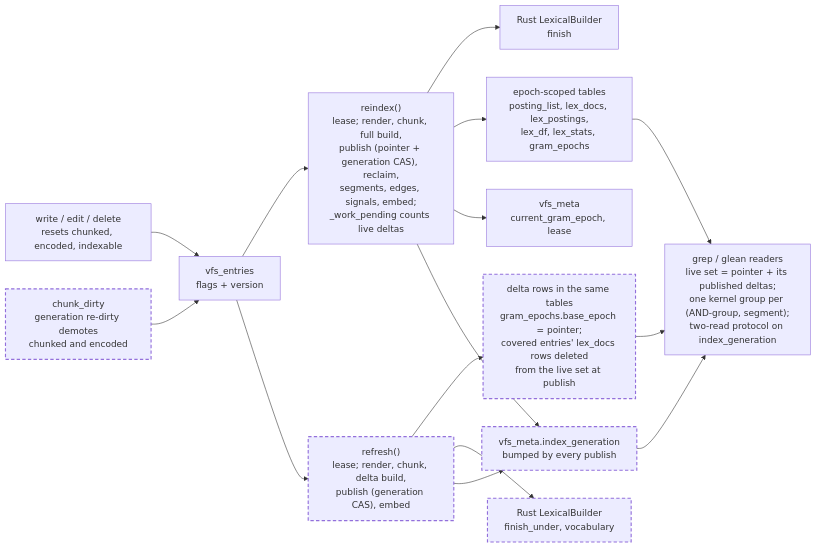
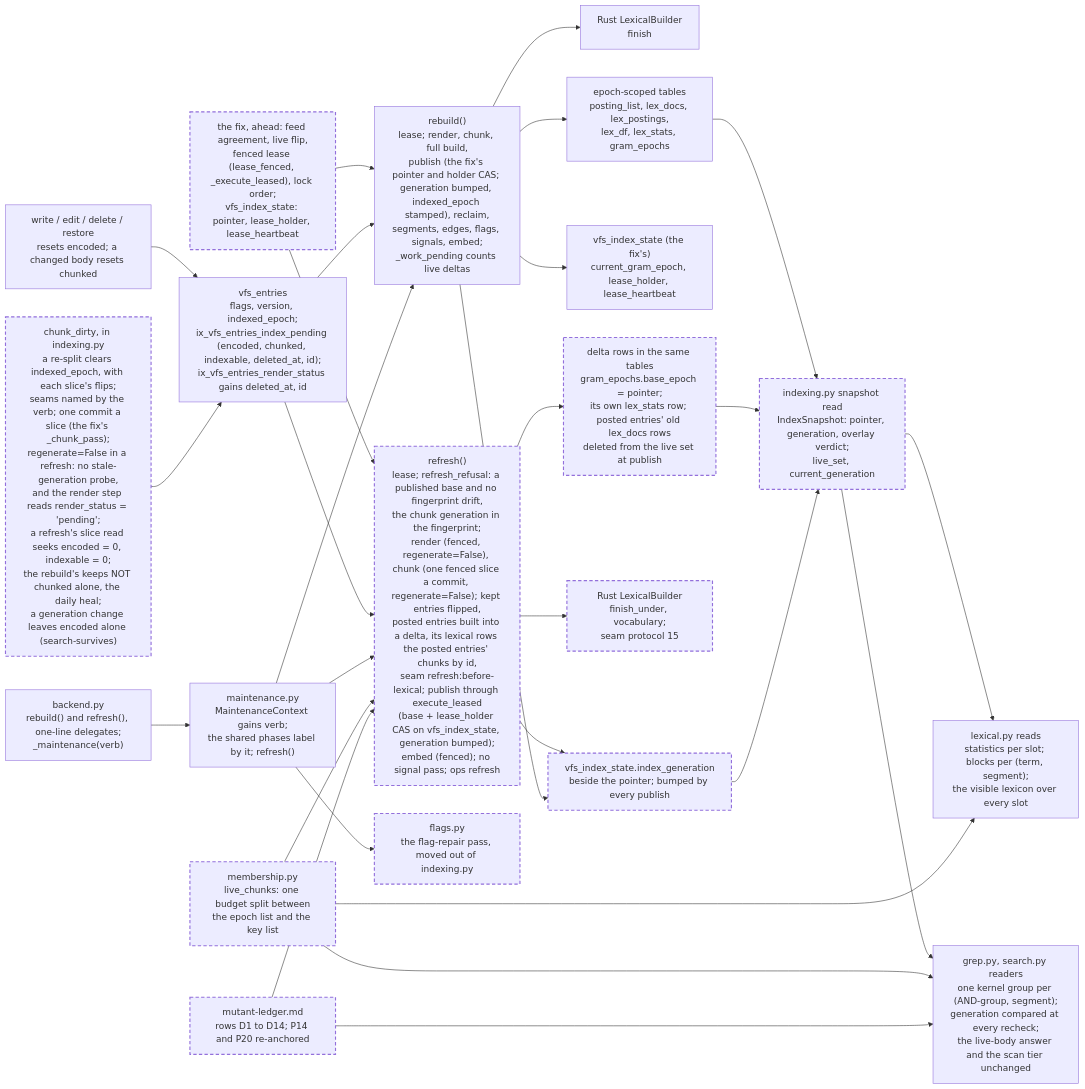
One commit to ClayGendron/vfs changed the diagram in context/specifications/active/2026-10-31-refresh-the-incremental-index-verb.md. Above: the diagram before and after it, drawn with Mermaid. The commit also changed other lines of this file and 6 other files, not shown here.

First line of the commit message:
docs(context): refresh and the rebuild refactor are signed fit to build

````diff
--- a/context/specifications/active/2026-10-31-refresh-the-incremental-index-verb.md
+++ b/context/specifications/active/2026-10-31-refresh-the-incremental-index-verb.md
@@ -29,19 +63,36 @@
 ```mermaid
 flowchart LR
   classDef planned stroke-dasharray: 6 4,stroke-width:2px;
-  W["write / edit / delete<br/>resets chunked, encoded, indexable"] --> E["vfs_entries<br/>flags + version"]
-  CD["chunk_dirty<br/>generation re-dirty demotes<br/>chunked and encoded"] --> E
-  E --> RX["reindex()<br/>lease; render, chunk, full build,<br/>publish (pointer + generation CAS), reclaim,<br/>segments, edges, signals, embed;<br/>_work_pending counts live deltas"]
+  W["write / edit / delete / restore<br/>resets encoded; a changed body resets chunked"] --> E["vfs_entries<br/>flags, version, indexed_epoch;<br/>ix_vfs_entries_index_pending (encoded, chunked, indexable, deleted_at, id);<br/>ix_vfs_entries_render_status gains deleted_at, id"]
+  CD["chunk_dirty, in indexing.py<br/>a re-split clears indexed_epoch, with each slice's flips;<br/>seams named by the verb; one commit a slice (the fix's _chunk_pass);<br/>regenerate=False in a refresh: no stale-generation probe,<br/>and the render step reads render_status = 'pending';<br/>a refresh's slice read seeks encoded = 0, indexable = 0;<br/>the rebuild's keeps NOT chunked alone, the daily heal;<br/>a generation change leaves encoded alone (search-survives)"] --> E
+  FX["the fix, ahead: feed agreement, live flip,<br/>fenced lease (lease_fenced, _execute_leased), lock order;<br/>vfs_index_state: pointer, lease_holder, lease_heartbeat"]
+  FX --> RX
+  FX --> RF
+  FL["flags.py<br/>the flag-repair pass, moved out of indexing.py"]
+  MX --> FL
+  B["backend.py<br/>rebuild() and refresh(), one-line delegates;<br/>_maintenance(verb)"] --> MX["maintenance.py<br/>MaintenanceContext gains verb;<br/>the shared phases label by it; refresh()"]
+  E --> RX["rebuild()<br/>lease; render, chunk, full build,<br/>publish (the fix's pointer and holder CAS; generation bumped, indexed_epoch stamped), reclaim,<br/>segments, edges, flags, signals, embed;<br/>_work_pending counts live deltas"]
   RX --> LBF["Rust LexicalBuilder<br/>finish"]
   RX --> EP["epoch-scoped tables<br/>posting_list, lex_docs, lex_postings,<br/>lex_df, lex_stats, gram_epochs"]
-  RX --> M["vfs_meta<br/>current_gram_epoch, lease"]
-  E --> RF["refresh()<br/>lease; render, chunk, delta build,<br/>publish (generation CAS), embed"]
-  RF --> DE["delta rows in the same tables<br/>gram_epochs.base_epoch = pointer;<br/>covered entries' lex_docs rows deleted<br/>from the live set at publish"]
-  RF --> LB["Rust LexicalBuilder<br/>finish_under, vocabulary"]
-  RF --> G["vfs_meta.index_generation<br/>bumped by every publish"]
+  RX --> M["vfs_index_state (the fix's)<br/>current_gram_epoch, lease_holder, lease_heartbeat"]
+  E --> RF["refresh()<br/>lease; refresh_refusal: a published base and no fingerprint drift,<br/>the chunk generation in the fingerprint;<br/>render (fenced, regenerate=False), chunk (one fenced slice a commit, regenerate=False); kept entries flipped,<br/>posted entries built into a delta, its lexical rows the posted entries' chunks by id,<br/>seam refresh:before-lexical; publish through execute_leased<br/>(base + lease_holder CAS on vfs_index_state, generation bumped);<br/>embed (fenced); no signal pass; ops refresh"]
+  MX --> RX
+  MX --> RF
+  RF --> DE["delta rows in the same tables<br/>gram_epochs.base_epoch = pointer;<br/>its own lex_stats row; posted entries' old lex_docs rows<br/>deleted from the live set at publish"]
+  RF --> LB["Rust LexicalBuilder<br/>finish_under, vocabulary;<br/>seam protocol 15"]
+  RF --> G["vfs_index_state.index_generation<br/>beside the pointer; bumped by every publish"]
   RX --> G
-  EP --> R["grep / glean readers<br/>live set = pointer + its published deltas;<br/>one kernel group per (AND-group, segment);<br/>two-read protocol on index_generation"]
-  DE --> R
-  G --> R
-  class RF,DE,G,LB,CD planned
+  EP --> SN["indexing.py snapshot read<br/>IndexSnapshot: pointer, generation, overlay verdict;<br/>live_set, current_generation"]
+  DE --> SN
+  G --> SN
+  MB["membership.py<br/>live_chunks: one budget split between<br/>the epoch list and the key list"]
+  SN --> R["grep.py, search.py readers<br/>one kernel group per (AND-group, segment);<br/>generation compared at every recheck;<br/>the live-body answer and the scan tier unchanged"]
+  SN --> LX["lexical.py reads<br/>statistics per slot; blocks per (term, segment);<br/>the visible lexicon over every slot"]
+  MB --> R
+  MB --> LX
+  MB --> RF
+  LG["mutant-ledger.md<br/>rows D1 to D14; P14 and P20 re-anchored"]
+  LG --> RF
+  LG --> R
+  class RF,DE,G,LB,CD,SN,MB,LG,FX,FL planned
 ```
````
